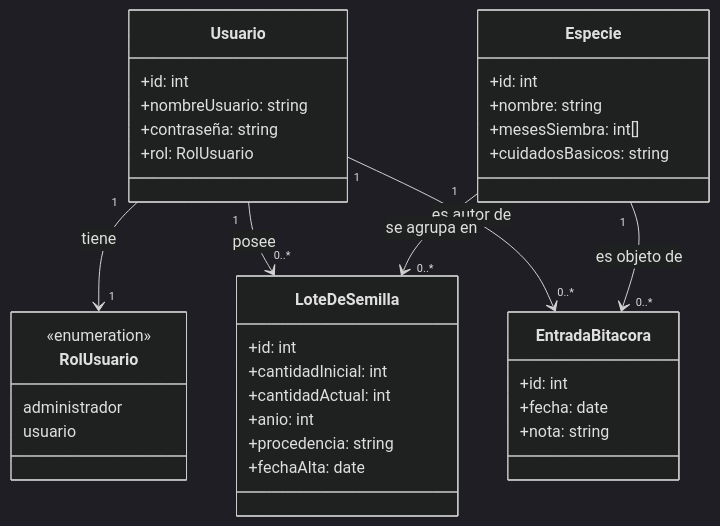
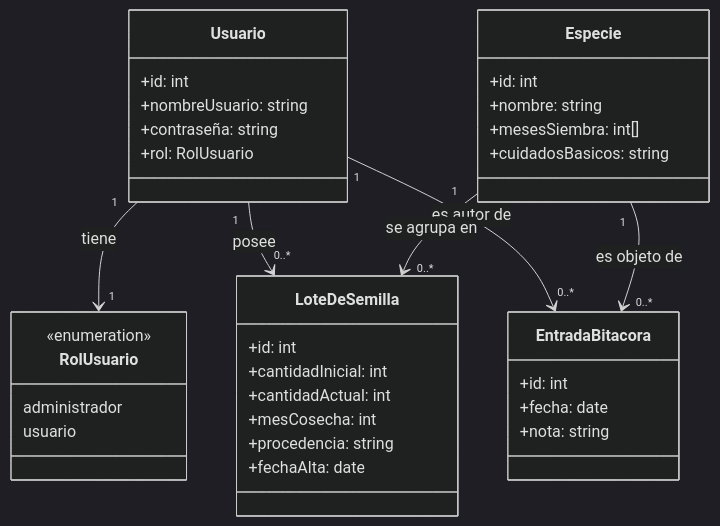
Before and after one commit to Camila20197/Asistente-Jardiner-a-Inegenieria-Software-2026: the third of 3 diagrams in docs/requirements/srs.md, drawn with Mermaid (dark theme). The commit also changed other lines of this file, not shown here.

Commit message:
docs(requerimientos): incorpora mes de cosecha opcional a RF01 y al modelo de dominio

````diff
--- a/docs/requirements/srs.md
+++ b/docs/requirements/srs.md
@@ -144,43 +144,43 @@
 ```mermaid
 classDiagram
     class Usuario {
         +id: int
         +nombreUsuario: string
         +contraseña: string
         +rol: RolUsuario
     }
 
     class RolUsuario {
         <<enumeration>>
         administrador
         usuario
     }
 
     class Especie {
         +id: int
         +nombre: string
         +mesesSiembra: int[]
         +cuidadosBasicos: string
     }
 
     class LoteDeSemilla {
         +id: int
         +cantidadInicial: int
         +cantidadActual: int
-        +anio: int
+        +mesCosecha: int
         +procedencia: string
         +fechaAlta: date
     }
 
     class EntradaBitacora {
         +id: int
         +fecha: date
         +nota: string
     }
 
     Usuario "1" --> "1" RolUsuario : tiene
     Usuario "1" --> "0..*" LoteDeSemilla : posee
     Usuario "1" --> "0..*" EntradaBitacora : es autor de
     Especie "1" --> "0..*" LoteDeSemilla : se agrupa en
     Especie "1" --> "0..*" EntradaBitacora : es objeto de
 ```
````
